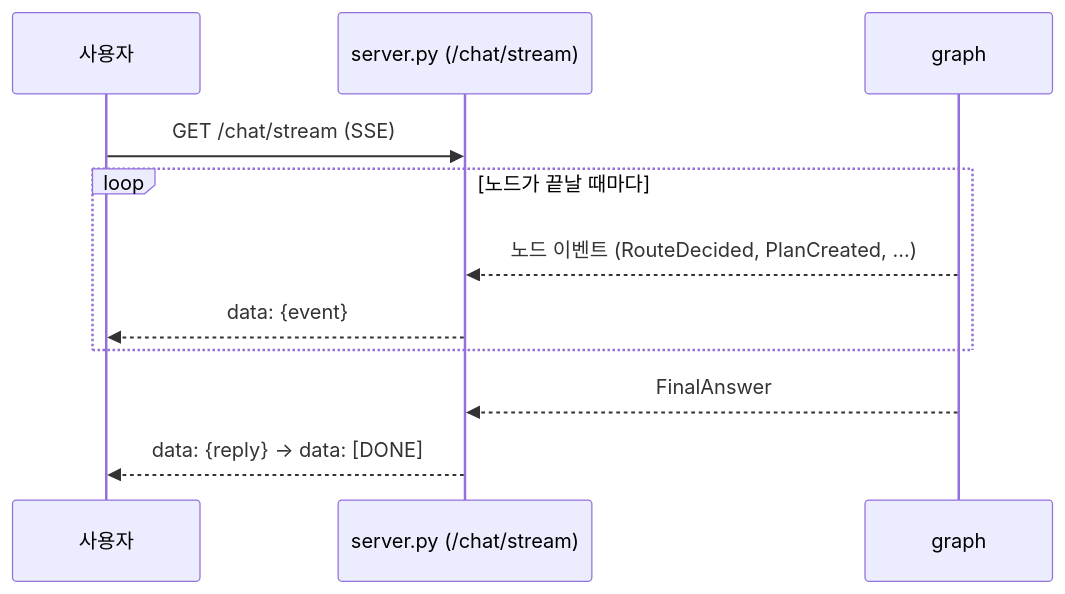
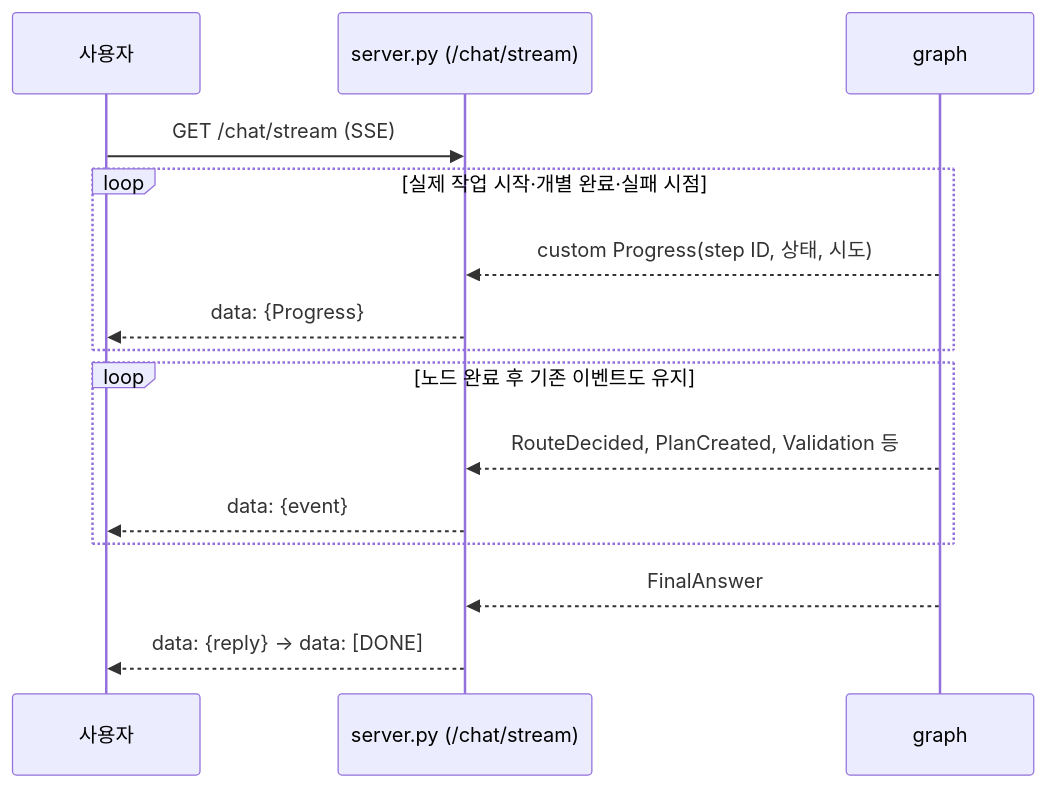
Before and after one commit to hyeonminee/opscheck: the fourth of 6 diagrams in doc/README.md, drawn with Mermaid. The commit also changed other lines of this file and 13 other files, not shown here.

````diff
--- a/doc/README.md
+++ b/doc/README.md
@@ -153,14 +155,18 @@
 ```mermaid
 sequenceDiagram
     participant U as 사용자
     participant S as server.py (/chat/stream)
     participant G as graph
 
     U->>S: GET /chat/stream (SSE)
-    loop 노드가 끝날 때마다
-        G-->>S: 노드 이벤트 (RouteDecided, PlanCreated, ...)
+    loop 실제 작업 시작·개별 완료·실패 시점
+        G-->>S: custom Progress(step ID, 상태, 시도)
+        S-->>U: data: {Progress}
+    end
+    loop 노드 완료 후 기존 이벤트도 유지
+        G-->>S: RouteDecided, PlanCreated, Validation 등
         S-->>U: data: {event}
     end
     G-->>S: FinalAnswer
     S-->>U: data: {reply} → data: [DONE]
 ```
````
